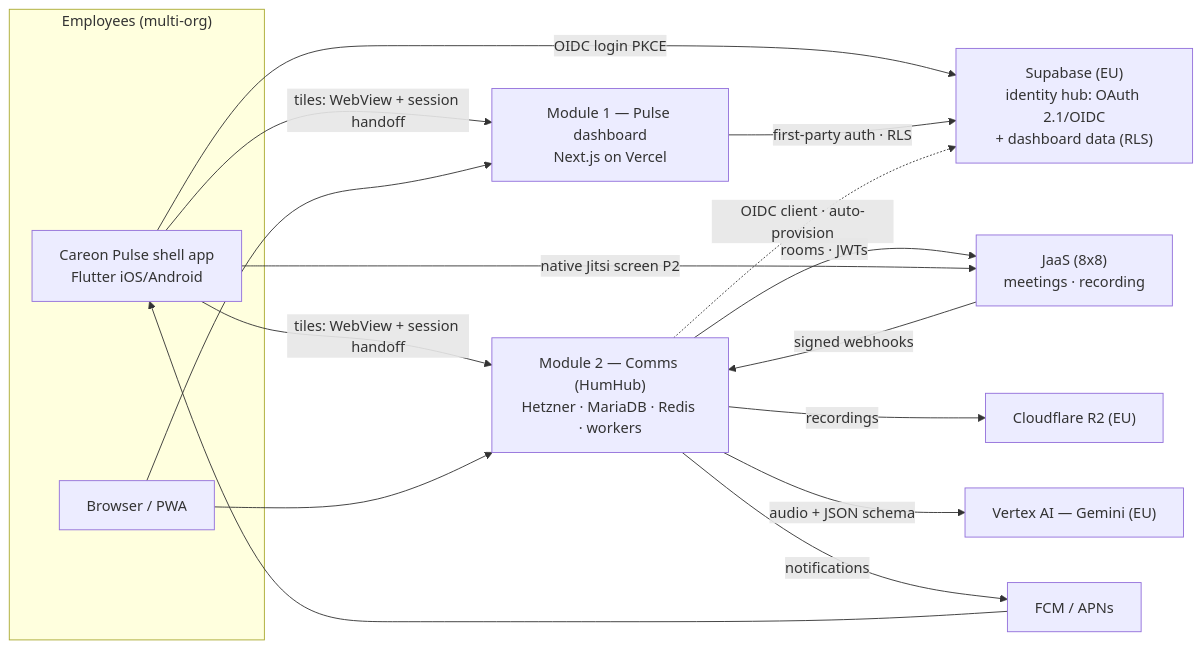
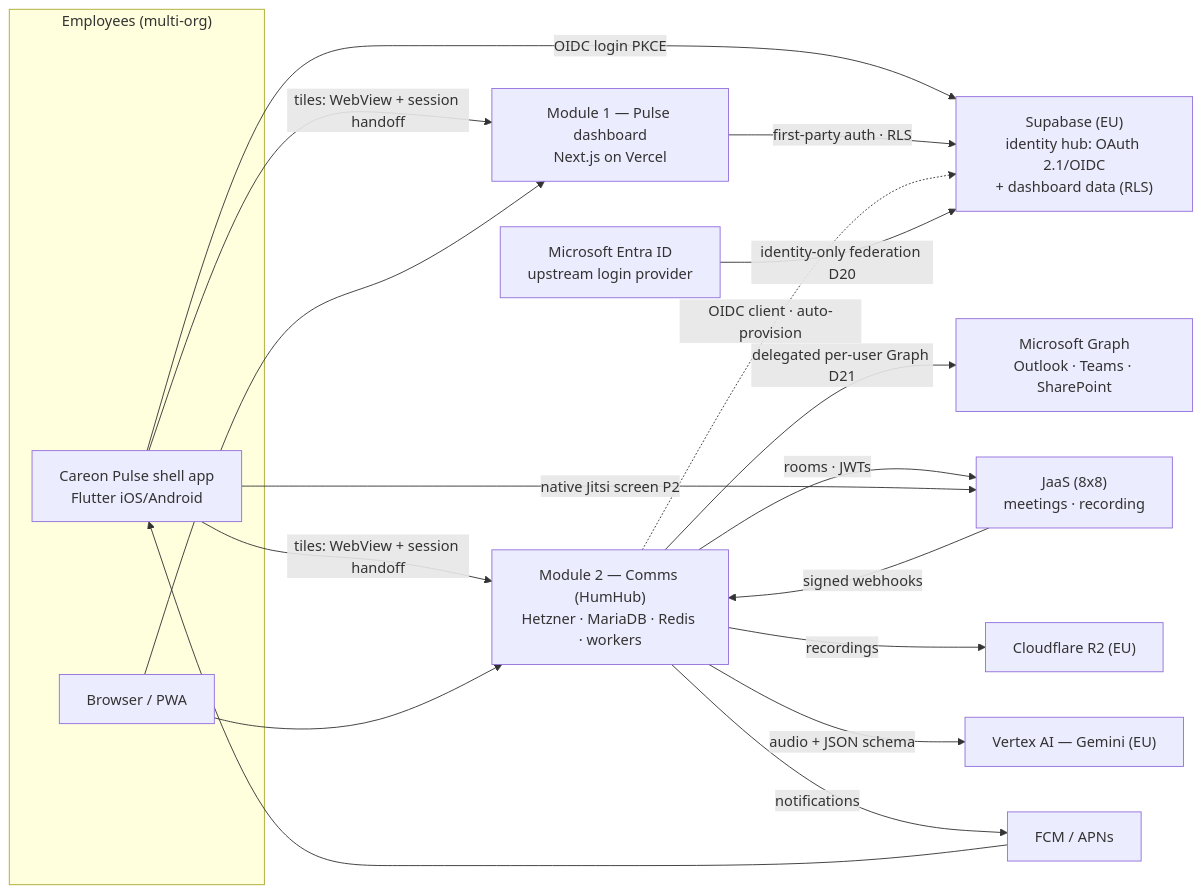
One commit to Mbongaa/careonpulse changed the first of 4 diagrams in docs/platform/PLATFORM_BLUEPRINT.md. Above: the diagram before and after it, drawn with Mermaid. The commit also changed other lines of this file and 20 other files, not shown here.

````diff
--- a/docs/platform/PLATFORM_BLUEPRINT.md
+++ b/docs/platform/PLATFORM_BLUEPRINT.md
@@ -52,27 +53,31 @@
 ```mermaid
 flowchart LR
   subgraph Users["Employees (multi-org)"]
     SHELL["Careon Pulse shell app<br/>Flutter iOS/Android"]
     WEB["Browser / PWA"]
   end
   SUPA["Supabase (EU)<br/>identity hub: OAuth 2.1/OIDC<br/>+ dashboard data (RLS)"]
   DASH["Module 1 — Pulse dashboard<br/>Next.js on Vercel"]
   HH["Module 2 — Comms (HumHub)<br/>Hetzner · MariaDB · Redis · workers"]
   JAAS["JaaS (8x8)<br/>meetings · recording"]
   R2["Cloudflare R2 (EU)"]
   GEM["Vertex AI — Gemini (EU)"]
   PUSH["FCM / APNs"]
+  ENTRA["Microsoft Entra ID<br/>upstream login provider"]
+  GRAPH["Microsoft Graph<br/>Outlook · Teams · SharePoint"]
   SHELL -->|OIDC login PKCE| SUPA
   SHELL -->|tiles: WebView + session handoff| DASH
   SHELL -->|tiles: WebView + session handoff| HH
   WEB --> DASH
   WEB --> HH
   DASH -->|first-party auth · RLS| SUPA
   HH -.->|OIDC client · auto-provision| SUPA
+  ENTRA -->|identity-only federation D20| SUPA
+  HH -->|delegated per-user Graph D21| GRAPH
   HH -->|rooms · JWTs| JAAS
   SHELL -->|native Jitsi screen P2| JAAS
   JAAS -->|signed webhooks| HH
   HH -->|recordings| R2
   HH -->|audio + JSON schema| GEM
   HH -->|notifications| PUSH --> SHELL
 ```
````
